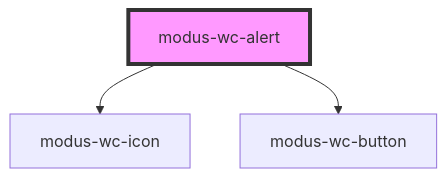
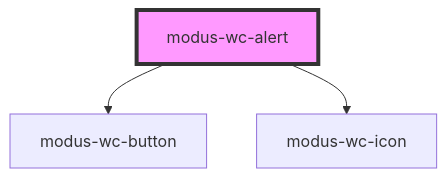
The diagram in src/components/modus-wc-alert/readme.md (trimble-oss/modus-wc-2.0), drawn with Mermaid before and after one commit. The commit also changed other lines of this file and 8 other files, not shown here.

````diff
--- a/src/components/modus-wc-alert/readme.md
+++ b/src/components/modus-wc-alert/readme.md
@@ -43,6 +45,6 @@
 ```mermaid
 graph TD;
+  modus-wc-alert --> modus-wc-button
   modus-wc-alert --> modus-wc-icon
-  modus-wc-alert --> modus-wc-button
   style modus-wc-alert fill:#f9f,stroke:#333,stroke-width:4px
 ```
````
